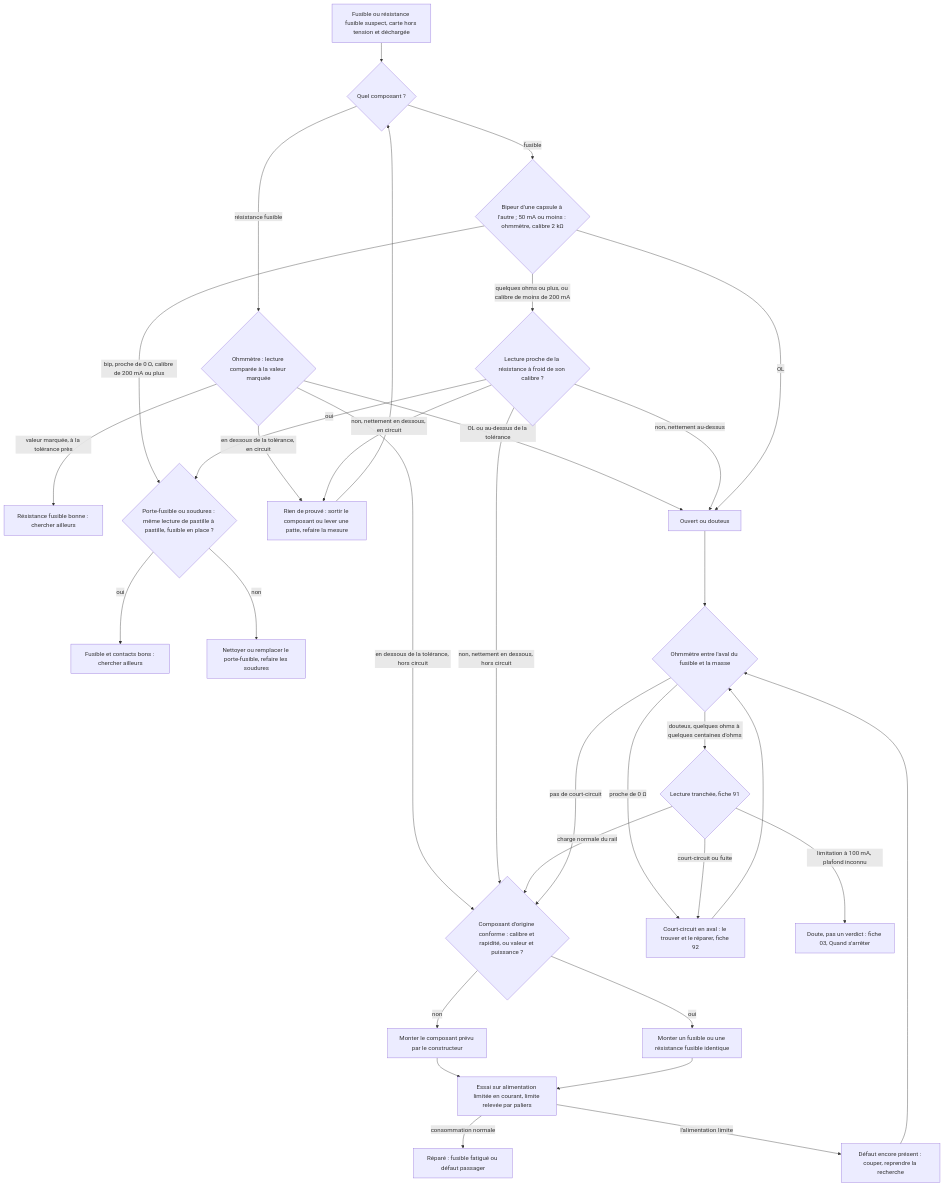
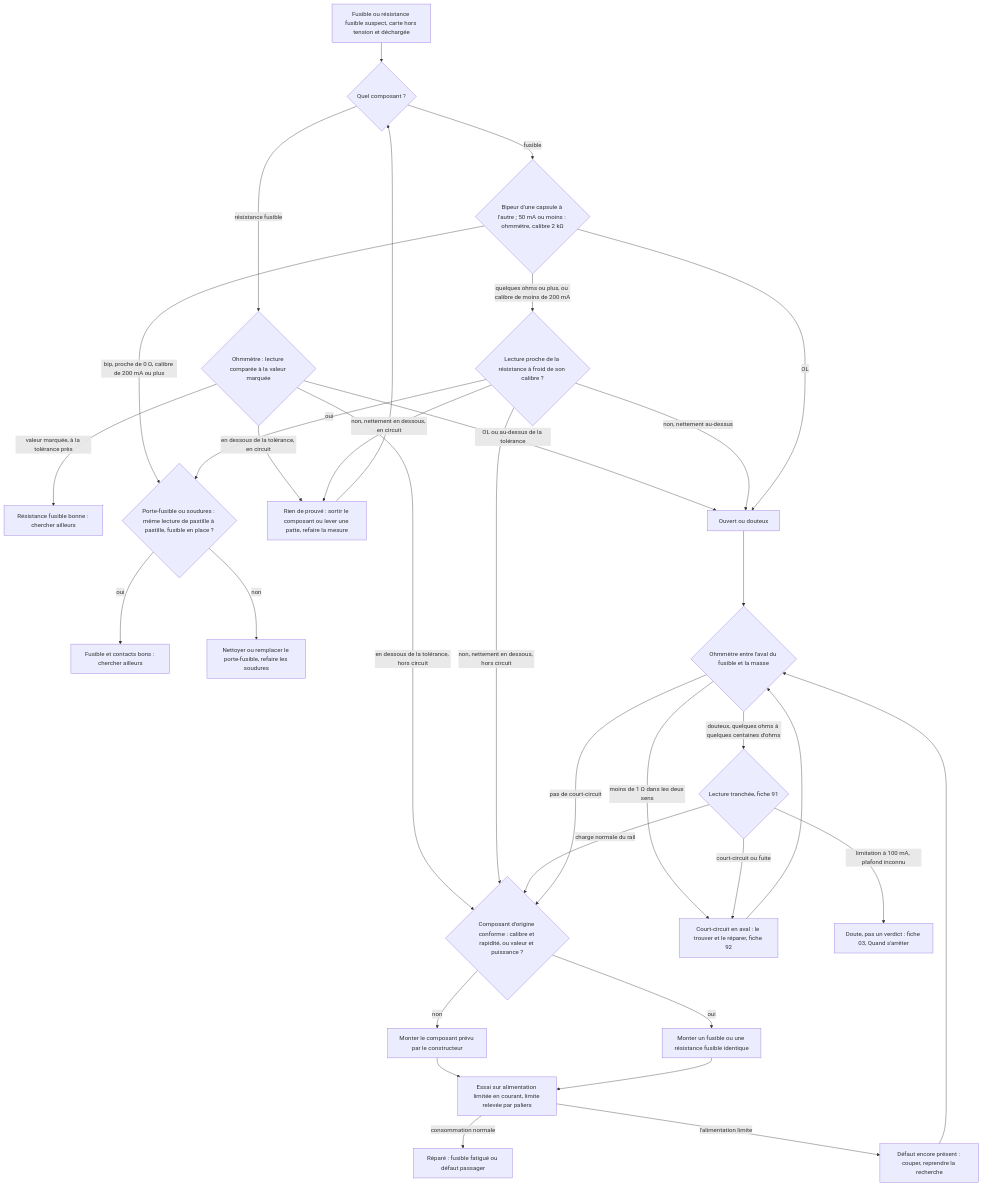
Before and after one commit to benoit-bremaud/ohm-sweet-ohm: the diagram in troubleshooting/13_fusible/README.md, drawn with Mermaid. The commit also changed other lines of this file and 9 other files, not shown here.

````diff
--- a/troubleshooting/13_fusible/README.md
+++ b/troubleshooting/13_fusible/README.md
@@ -184,35 +184,35 @@
 ```mermaid
 flowchart TD
   A[Fusible ou résistance fusible suspect, carte hors tension et déchargée] --> T{Quel composant ?}
   T -- fusible --> B{Bipeur d'une capsule à l'autre ; 50 mA ou moins : ohmmètre, calibre 2 kΩ}
   T -- résistance fusible --> U{Ohmmètre : lecture comparée à la valeur marquée}
   U -- valeur marquée, à la tolérance près --> V[Résistance fusible bonne : chercher ailleurs]
   U -- OL ou au-dessus de la tolérance --> G
   U -- en dessous de la tolérance, en circuit --> P
   U -- en dessous de la tolérance, hors circuit --> J
   B -- bip, proche de 0 Ω, calibre de 200 mA ou plus --> C{Porte-fusible ou soudures : même lecture de pastille à pastille, fusible en place ?}
   C -- oui --> D[Fusible et contacts bons : chercher ailleurs]
   C -- non --> E[Nettoyer ou remplacer le porte-fusible, refaire les soudures]
   B -- quelques ohms ou plus, ou calibre de moins de 200 mA --> F{Lecture proche de la résistance à froid de son calibre ?}
   F -- oui --> C
   F -- non, nettement au-dessus --> G[Ouvert ou douteux]
   F -- non, nettement en dessous, en circuit --> P[Rien de prouvé : sortir le composant ou lever une patte, refaire la mesure]
   P --> T
   F -- non, nettement en dessous, hors circuit --> J
   B -- OL --> G
   G --> H{Ohmmètre entre l'aval du fusible et la masse}
-  H -- proche de 0 Ω --> I[Court-circuit en aval : le trouver et le réparer, fiche 92]
+  H -- moins de 1 Ω dans les deux sens --> I[Court-circuit en aval : le trouver et le réparer, fiche 92]
   I --> H
   H -- douteux, quelques ohms à quelques centaines d'ohms --> W{Lecture tranchée, fiche 91}
   W -- court-circuit ou fuite --> I
   W -- charge normale du rail --> J
   W -- limitation à 100 mA, plafond inconnu --> W2[Doute, pas un verdict : fiche 03, Quand s'arrêter]
   H -- pas de court-circuit --> J{Composant d'origine conforme : calibre et rapidité, ou valeur et puissance ?}
   J -- non --> K[Monter le composant prévu par le constructeur]
   J -- oui --> L[Monter un fusible ou une résistance fusible identique]
   K --> M[Essai sur alimentation limitée en courant, limite relevée par paliers]
   L --> M
   M -- consommation normale --> N[Réparé : fusible fatigué ou défaut passager]
   M -- l'alimentation limite --> O[Défaut encore présent : couper, reprendre la recherche]
   O --> H
 ```
````
